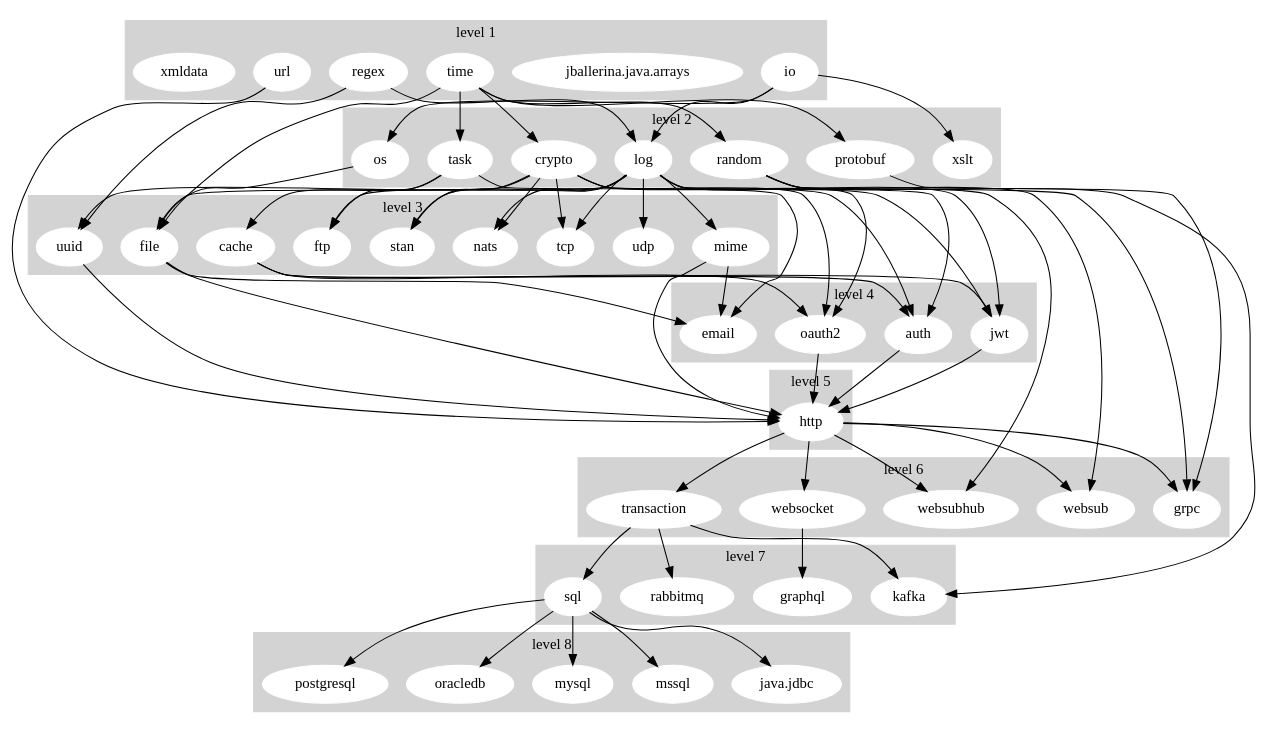
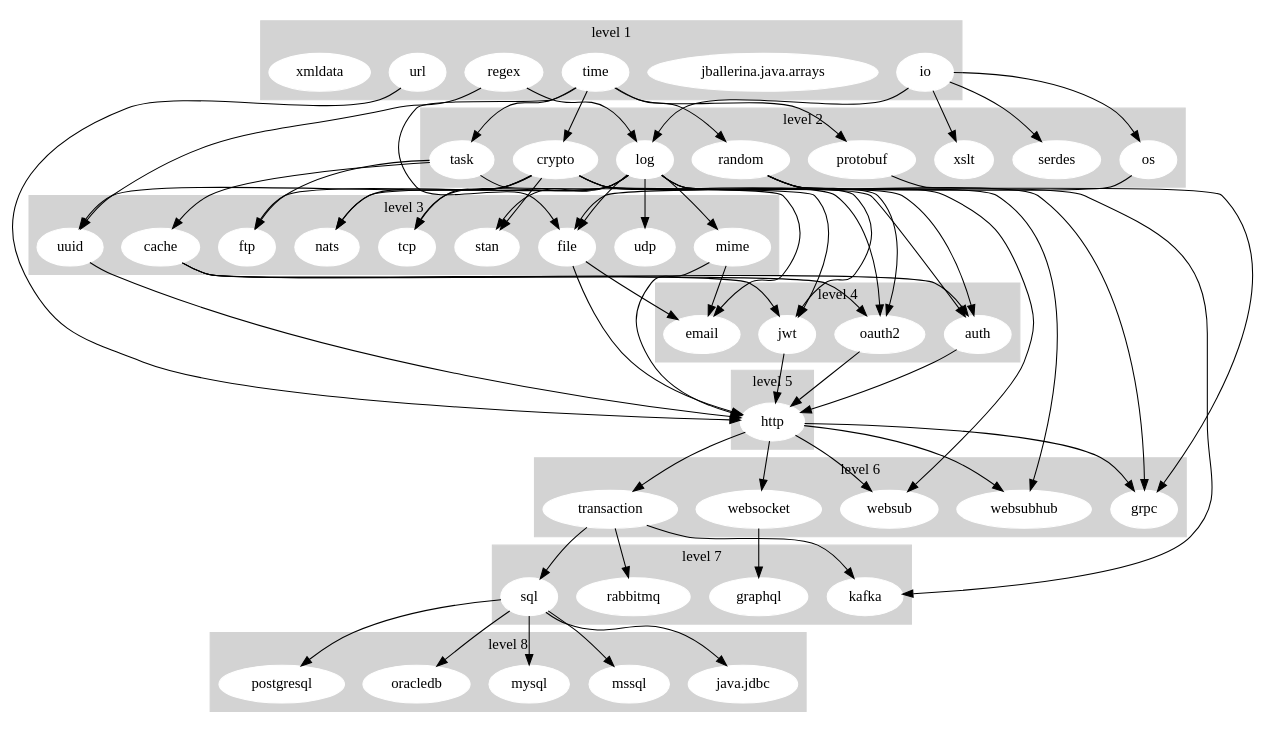
The diagram in dashboard/stdlib_graph.gv (ballerina-platform/ballerina-release), drawn with Graphviz before and after one commit.

Commit message:
[Automated] Update Stdlib Dependency Graph

```diff
--- a/dashboard/stdlib_graph.gv
+++ b/dashboard/stdlib_graph.gv
@@ -1,145 +1,147 @@
 digraph "Stdlib Dependency Graph" {
 	subgraph cluster_1 {
 		node [color=white style=filled]
 		color=lightgrey style=filled
 		io
 		"jballerina.java.arrays"
 		regex
 		time
 		url
 		xmldata
 		label="level 1"
 	}
 	subgraph cluster_2 {
 		node [color=white style=filled]
 		color=lightgrey style=filled
 		crypto
 		log
 		os
 		protobuf
 		random
+		serdes
 		task
 		xslt
 		label="level 2"
 	}
 	subgraph cluster_3 {
 		node [color=white style=filled]
 		color=lightgrey style=filled
 		cache
 		file
 		ftp
 		mime
 		nats
 		stan
 		tcp
 		udp
 		uuid
 		label="level 3"
 	}
 	subgraph cluster_4 {
 		node [color=white style=filled]
 		color=lightgrey style=filled
 		auth
 		email
 		jwt
 		oauth2
 		label="level 4"
 	}
 	subgraph cluster_5 {
 		node [color=white style=filled]
 		color=lightgrey style=filled
 		http
 		label="level 5"
 	}
 	subgraph cluster_6 {
 		node [color=white style=filled]
 		color=lightgrey style=filled
 		grpc
 		transaction
 		websocket
 		websub
 		websubhub
 		label="level 6"
 	}
 	subgraph cluster_7 {
 		node [color=white style=filled]
 		color=lightgrey style=filled
 		graphql
 		kafka
 		rabbitmq
 		sql
 		label="level 7"
 	}
 	subgraph cluster_8 {
 		node [color=white style=filled]
 		color=lightgrey style=filled
 		"java.jdbc"
 		mssql
 		mysql
 		oracledb
 		postgresql
 		label="level 8"
 	}
 	io -> log
 	io -> os
+	io -> serdes
 	io -> xslt
 	regex -> log
 	regex -> uuid
 	time -> crypto
 	time -> file
 	time -> protobuf
 	time -> random
 	time -> task
 	url -> http
 	crypto -> auth
 	crypto -> jwt
 	crypto -> nats
 	crypto -> oauth2
 	crypto -> stan
 	crypto -> tcp
 	crypto -> uuid
 	log -> auth
 	log -> file
 	log -> ftp
 	log -> jwt
 	log -> mime
 	log -> nats
 	log -> oauth2
 	log -> stan
 	log -> tcp
 	log -> udp
 	os -> file
 	protobuf -> grpc
 	random -> grpc
 	random -> kafka
 	random -> websub
 	random -> websubhub
 	task -> cache
 	task -> email
 	task -> ftp
 	cache -> auth
 	cache -> jwt
 	cache -> oauth2
 	file -> email
 	file -> http
 	mime -> email
 	mime -> http
 	uuid -> http
 	auth -> http
 	jwt -> http
 	oauth2 -> http
 	http -> grpc
 	http -> transaction
 	http -> websocket
 	http -> websub
 	http -> websubhub
 	transaction -> kafka
 	transaction -> rabbitmq
 	transaction -> sql
 	websocket -> graphql
 	sql -> "java.jdbc"
 	sql -> mssql
 	sql -> mysql
 	sql -> oracledb
 	sql -> postgresql
 }
```
